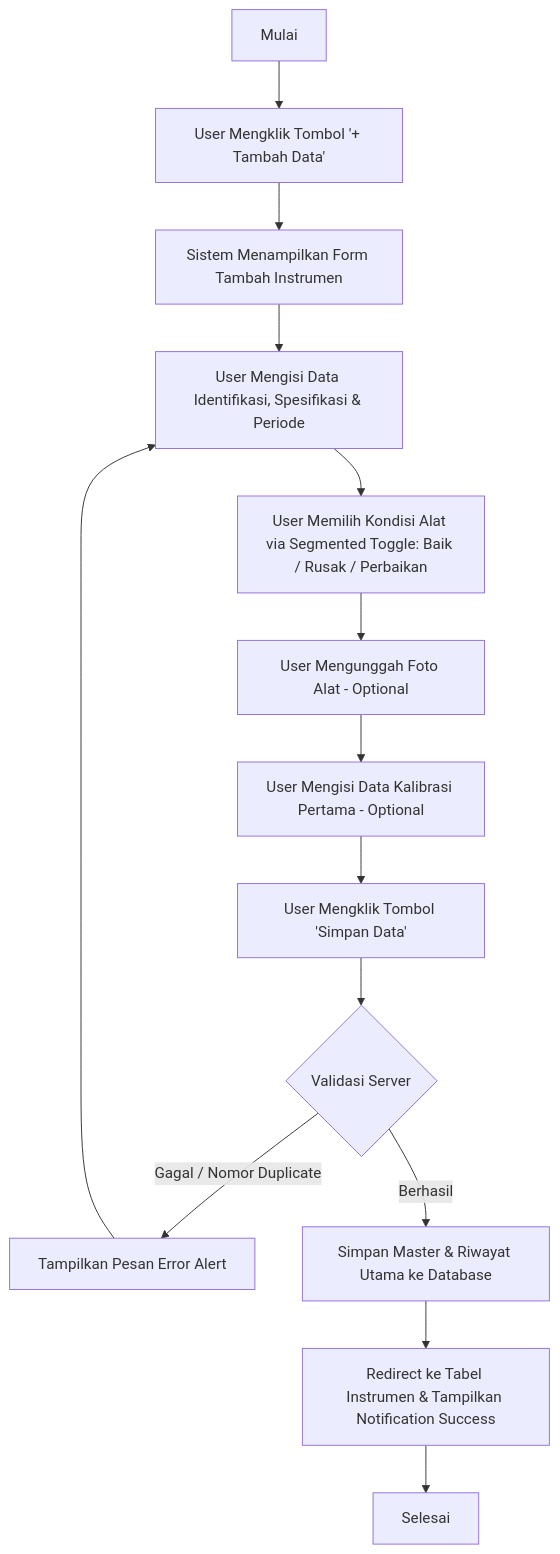
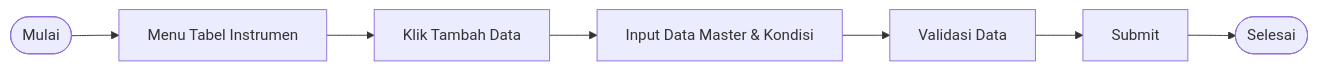
Before and after one commit to ebenlimbong/pmn-kalibrasi: the fourth of 11 diagrams in bpm_blueprint_teknis.md, drawn with Mermaid. The commit also changed other lines of this file and 1 other file, not shown here.

Commit message:
docs: selaraskan format tabel rincian proses bisnis 100% persis dengan standar blueprint inalum

````diff
--- a/bpm_blueprint_teknis.md
+++ b/bpm_blueprint_teknis.md
@@ -127,16 +117,4 @@
 ```mermaid
-flowchart TD
-    A[Mulai] --> B[User Mengklik Tombol '+ Tambah Data']
-    B --> C[Sistem Menampilkan Form Tambah Instrumen]
-    C --> D[User Mengisi Data Identifikasi, Spesifikasi & Periode]
-    D --> E[User Memilih Kondisi Alat via Segmented Toggle: Baik / Rusak / Perbaikan]
-    E --> F[User Mengunggah Foto Alat - Optional]
-    F --> G[User Mengisi Data Kalibrasi Pertama - Optional]
-    G --> H[User Mengklik Tombol 'Simpan Data']
-    H --> I{Validasi Server}
-    I -->|Gagal / Nomor Duplicate| J[Tampilkan Pesan Error Alert]
-    J --> D
-    I -->|Berhasil| K[Simpan Master & Riwayat Utama ke Database]
-    K --> L[Redirect ke Tabel Instrumen & Tampilkan Notification Success]
-    L --> M[Selesai]
+flowchart LR
+    A([Mulai]) --> B[Menu Tabel Instrumen] --> C[Klik Tambah Data] --> D[Input Data Master & Kondisi] --> E[Validasi Data] --> F[Submit] --> G([Selesai])
 ```
````
